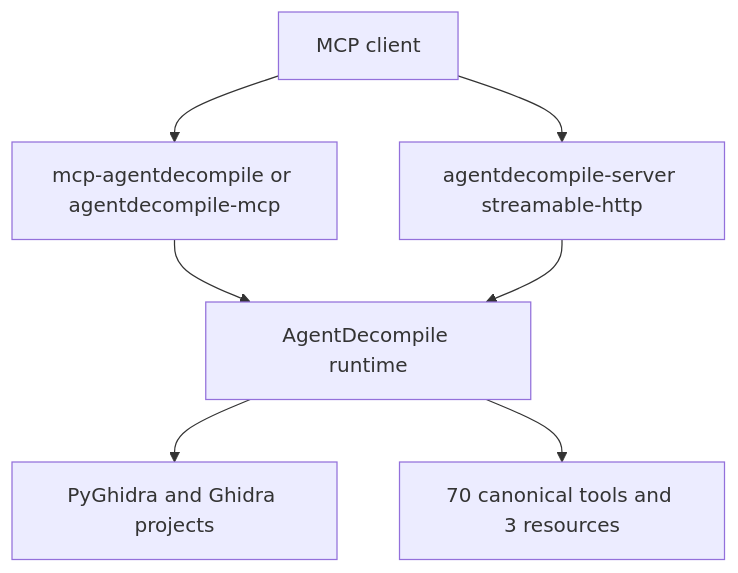
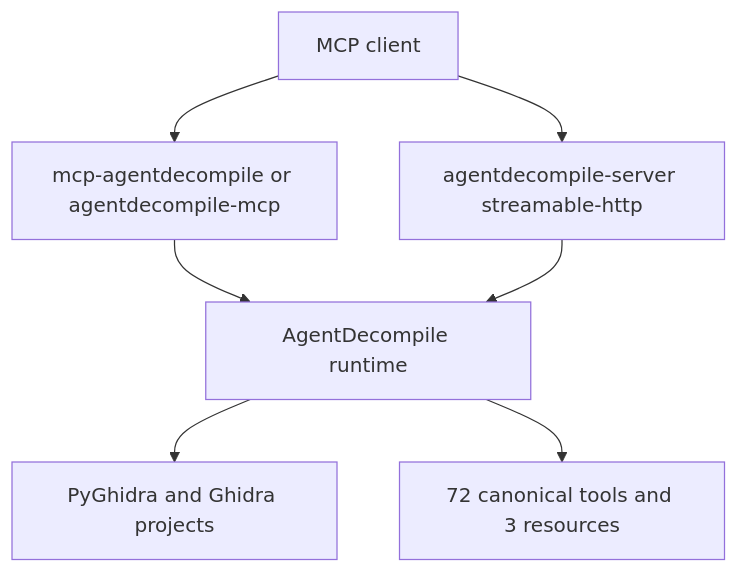
Before and after one commit to bolabaden/AgentDecompile: the first of 4 diagrams in README.md, drawn with Mermaid. The commit also changed other lines of this file and 13 other files, not shown here.

````diff
--- a/README.md
+++ b/README.md
@@ -11,9 +11,9 @@
 ```mermaid
 flowchart TD
   A[MCP client] --> B[mcp-agentdecompile or agentdecompile-mcp]
   A --> C[agentdecompile-server streamable-http]
   B --> D[AgentDecompile runtime]
   C --> D
   D --> E[PyGhidra and Ghidra projects]
-  D --> F[70 canonical tools and 3 resources]
+  D --> F[72 canonical tools and 3 resources]
 ```
````
